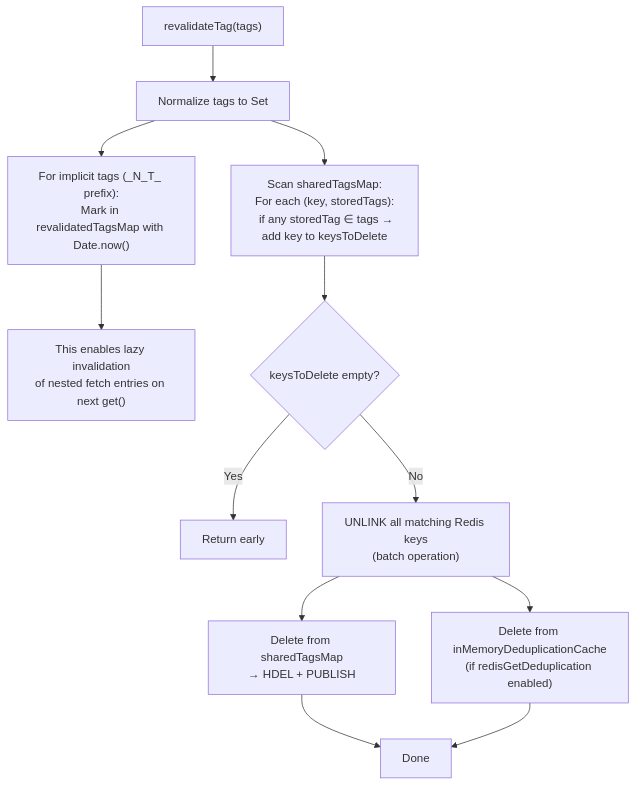
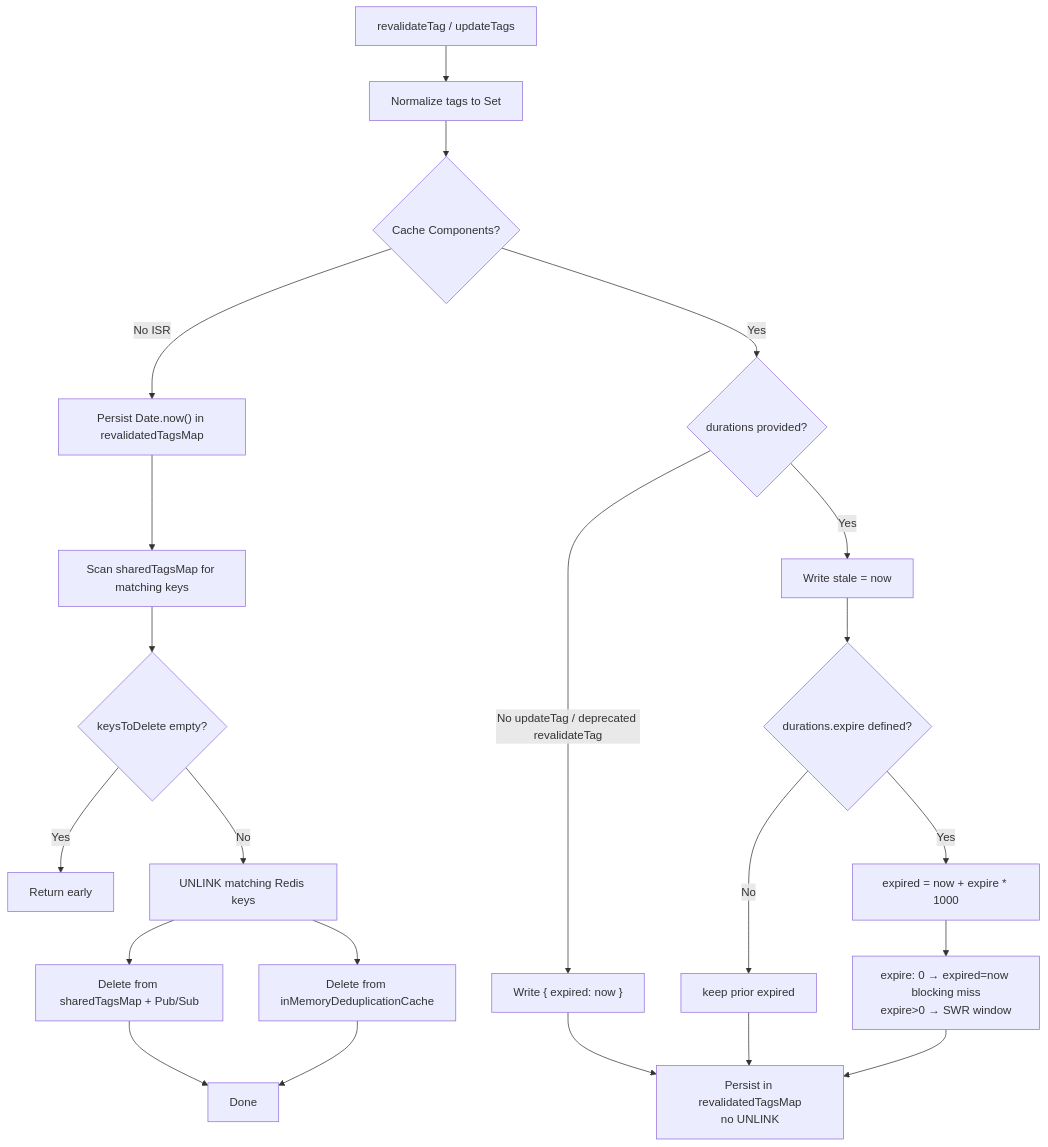
One commit to trieb-work/nextjs-turbo-redis-cache changed the eighth of 9 diagrams in ARCHITECTURE.md. Above: the diagram before and after it, drawn with Mermaid. The commit also changed other lines of this file and 40 other files, not shown here.

First line of the commit message:
feat: align cache semantics with official Next.js self-hosting docs (#95)

````diff
--- a/ARCHITECTURE.md
+++ b/ARCHITECTURE.md
@@ -353,20 +359,26 @@
 ```mermaid
 flowchart TD
-    A["revalidateTag(tags)"] --> B["Normalize tags to Set"]
+    A["revalidateTag / updateTags"] --> B["Normalize tags to Set"]
+    B --> ISR{Cache Components?}
 
-    B --> C["For implicit tags (_N_T_ prefix):\nMark in revalidatedTagsMap with Date.now()"]
-    C --> NOTE["This enables lazy invalidation\nof nested fetch entries on next get()"]
-
-    B --> D["Scan sharedTagsMap:\nFor each (key, storedTags):\n  if any storedTag ∈ tags → add key to keysToDelete"]
-
+    ISR -->|No ISR| C["Persist Date.now() in revalidatedTagsMap"]
+    C --> D["Scan sharedTagsMap for matching keys"]
     D --> E{keysToDelete empty?}
     E -->|Yes| F["Return early"]
-    E -->|No| G["UNLINK all matching Redis keys\n(batch operation)"]
-
-    G --> H["Delete from sharedTagsMap\n→ HDEL + PUBLISH"]
-
-    G --> I["Delete from inMemoryDeduplicationCache\n(if redisGetDeduplication enabled)"]
-
+    E -->|No| G["UNLINK matching Redis keys"]
+    G --> H["Delete from sharedTagsMap + Pub/Sub"]
+    G --> I["Delete from inMemoryDeduplicationCache"]
     H --> J["Done"]
     I --> J
+
+    ISR -->|Yes| K{"durations provided?"}
+    K -->|No updateTag / deprecated revalidateTag| L["Write { expired: now }"]
+    K -->|Yes| M["Write stale = now"]
+    M --> N{"durations.expire defined?"}
+    N -->|Yes| O["expired = now + expire * 1000"]
+    N -->|No| P["keep prior expired"]
+    L --> Q["Persist in revalidatedTagsMap\nno UNLINK"]
+    O --> Q2["expire: 0 → expired=now blocking miss\nexpire>0 → SWR window"]
+    P --> Q
+    Q2 --> Q
 ```
````
